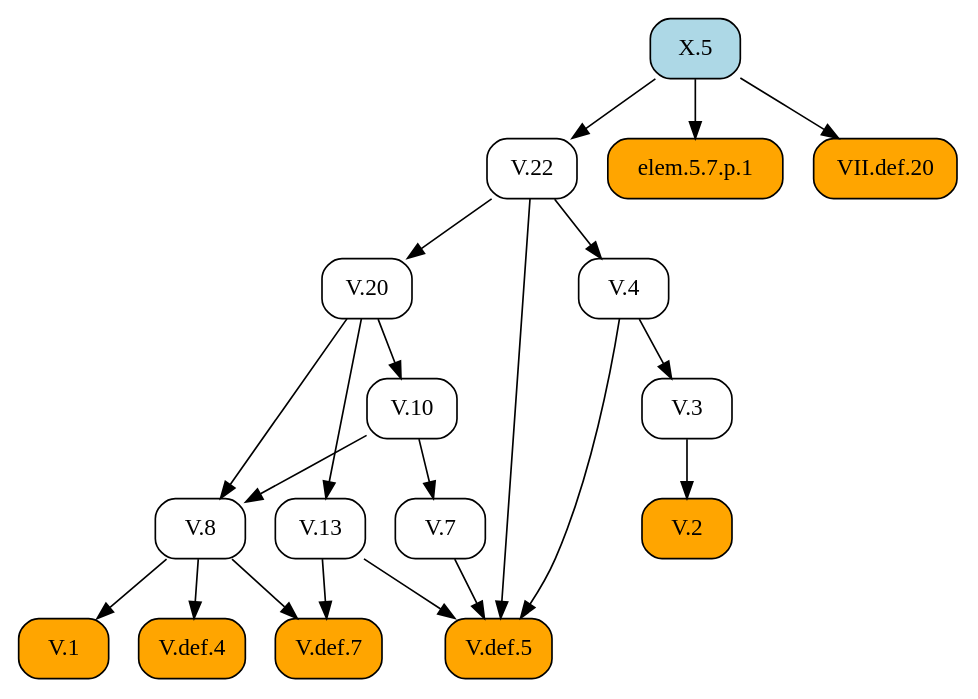
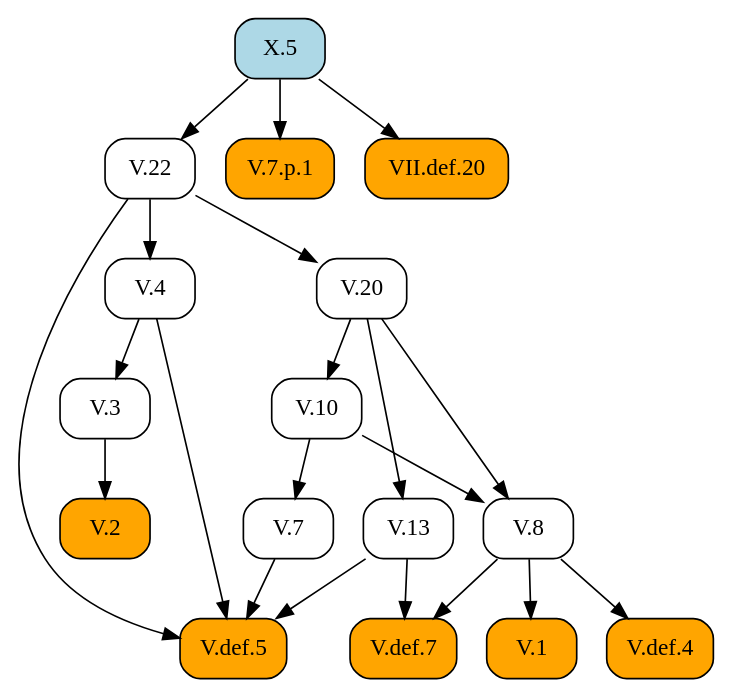
One commit to geometor/elements changed the diagram in docsrc/heath/X/5/index.rst. Above: the diagram before and after it, drawn with Graphviz. The commit also changed other lines of this file and 484 other files, not shown here.

```diff
--- a/docsrc/heath/X/5/index.rst
+++ b/docsrc/heath/X/5/index.rst
@@ -52,42 +52,42 @@
 .. graphviz::
 
    digraph {
      rankdir="TB";
      node [shape=box, style=rounded];
+     "V.2" [style="rounded,filled", fillcolor=orange, URL="/heath/V/2/", target="_top"];
+     "V.10" [URL="/heath/V/10/", target="_top"];
+     "V.4" [URL="/heath/V/4/", target="_top"];
+     "V.def.7" [style="rounded,filled", fillcolor=orange, URL="/heath/V/def.7/", target="_top"];
+     "V.22" [URL="/heath/V/22/", target="_top"];
+     "V.1" [style="rounded,filled", fillcolor=orange, URL="/heath/V/1/", target="_top"];
+     "V.13" [URL="/heath/V/13/", target="_top"];
+     "V.3" [URL="/heath/V/3/", target="_top"];
+     "V.20" [URL="/heath/V/20/", target="_top"];
+     "V.7" [URL="/heath/V/7/", target="_top"];
+     "V.7.p.1" [style="rounded,filled", fillcolor=orange];
+     "X.5" [style="rounded,filled", fillcolor=lightblue, URL="/heath/X/5/", target="_top"];
+     "V.def.5" [style="rounded,filled", fillcolor=orange, URL="/heath/V/def.5/", target="_top"];
+     "VII.def.20" [style="rounded,filled", fillcolor=orange, URL="/heath/VII/def.20/", target="_top"];
+     "V.def.4" [style="rounded,filled", fillcolor=orange, URL="/heath/V/def.4/", target="_top"];
      "V.8" [URL="/heath/V/8/", target="_top"];
-     "V.1" [style="rounded,filled", fillcolor=orange, URL="/heath/V/1/", target="_top"];
-     "X.5" [style="rounded,filled", fillcolor=lightblue, URL="/heath/X/5/", target="_top"];
-     "V.7" [URL="/heath/V/7/", target="_top"];
-     "V.def.4" [style="rounded,filled", fillcolor=orange, URL="/heath/V/def.4/", target="_top"];
-     "V.def.5" [style="rounded,filled", fillcolor=orange, URL="/heath/V/def.5/", target="_top"];
-     "V.2" [style="rounded,filled", fillcolor=orange, URL="/heath/V/2/", target="_top"];
-     "V.22" [URL="/heath/V/22/", target="_top"];
-     "V.10" [URL="/heath/V/10/", target="_top"];
-     "V.13" [URL="/heath/V/13/", target="_top"];
-     "V.4" [URL="/heath/V/4/", target="_top"];
-     "elem.5.7.p.1" [style="rounded,filled", fillcolor=orange];
-     "V.3" [URL="/heath/V/3/", target="_top"];
-     "V.def.7" [style="rounded,filled", fillcolor=orange, URL="/heath/V/def.7/", target="_top"];
-     "V.20" [URL="/heath/V/20/", target="_top"];
-     "VII.def.20" [style="rounded,filled", fillcolor=orange, URL="/heath/VII/def.20/", target="_top"];
-     "V.10" -> "V.8";
-     "V.20" -> "V.8";
+     "V.3" -> "V.2";
+     "V.20" -> "V.10";
+     "V.22" -> "V.4";
+     "V.8" -> "V.def.7";
+     "V.13" -> "V.def.7";
+     "X.5" -> "V.22";
      "V.8" -> "V.1";
+     "V.20" -> "V.13";
+     "V.4" -> "V.3";
+     "V.22" -> "V.20";
      "V.10" -> "V.7";
-     "V.8" -> "V.def.4";
+     "X.5" -> "V.7.p.1";
      "V.4" -> "V.def.5";
      "V.7" -> "V.def.5";
      "V.13" -> "V.def.5";
      "V.22" -> "V.def.5";
-     "V.3" -> "V.2";
-     "X.5" -> "V.22";
-     "V.20" -> "V.10";
-     "V.20" -> "V.13";
-     "V.22" -> "V.4";
-     "X.5" -> "elem.5.7.p.1";
-     "V.4" -> "V.3";
-     "V.8" -> "V.def.7";
-     "V.13" -> "V.def.7";
-     "V.22" -> "V.20";
      "X.5" -> "VII.def.20";
+     "V.8" -> "V.def.4";
+     "V.10" -> "V.8";
+     "V.20" -> "V.8";
    }
```
